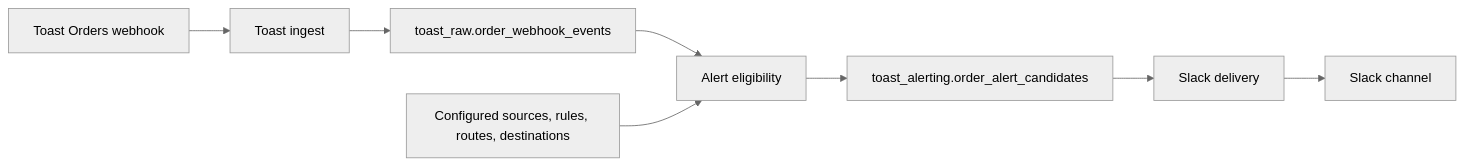
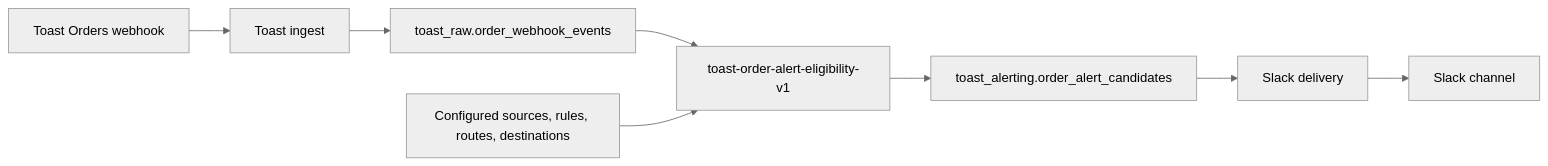
Before and after one commit to thedoughmonster/MoXX: the diagram in docs/architecture.md, drawn with Mermaid (neutral theme). The commit also changed 15 other files, not shown here.

Commit message:
feat: add Toast alert eligibility service

````diff
--- a/docs/architecture.md
+++ b/docs/architecture.md
@@ -9,19 +9,19 @@
 ```mermaid
 flowchart LR
   toast["Toast Orders webhook"]
   ingest["Toast ingest"]
   raw["toast_raw.order_webhook_events"]
   config["Configured sources, rules, routes, destinations"]
-  eligibility["Alert eligibility"]
+  eligibility["toast-order-alert-eligibility-v1"]
   candidates["toast_alerting.order_alert_candidates"]
   delivery["Slack delivery"]
   slack["Slack channel"]
 
   toast --> ingest
   ingest --> raw
   raw --> eligibility
   config --> eligibility
   eligibility --> candidates
   candidates --> delivery
   delivery --> slack
 ```
````
